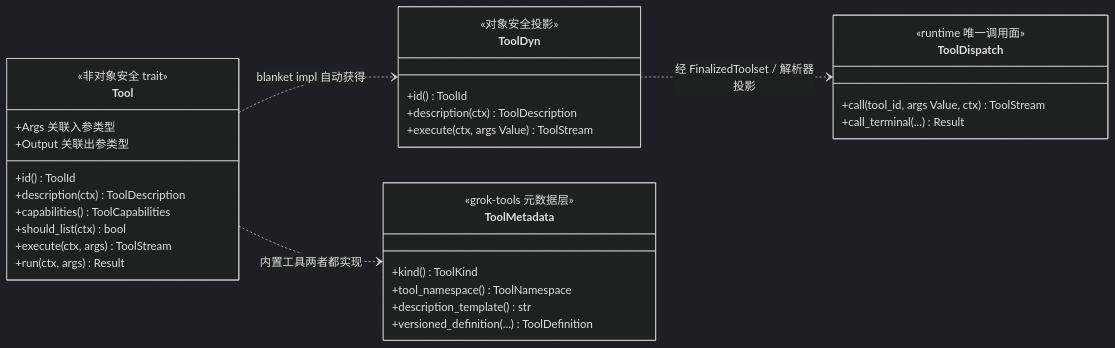
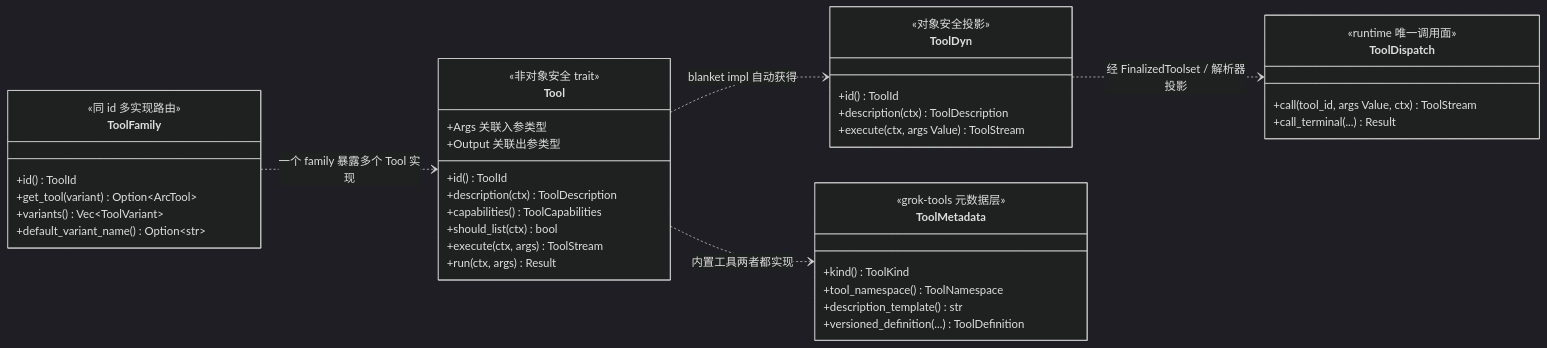
One commit to adrian9778/grok-build changed the diagram in docs/adrian/sourceReader/10-工具协议与扩展体系.md. Above: the diagram before and after it, drawn with Mermaid (dark theme). The commit also changed other lines of this file and 18 other files, not shown here.

````diff
--- a/docs/adrian/sourceReader/10-工具协议与扩展体系.md
+++ b/docs/adrian/sourceReader/10-工具协议与扩展体系.md
@@ -261,36 +274,44 @@
 ```mermaid
 classDiagram
     direction LR
     class Tool {
         <<非对象安全 trait>>
         +Args 关联入参类型
         +Output 关联出参类型
         +id() ToolId
         +description(ctx) ToolDescription
         +capabilities() ToolCapabilities
         +should_list(ctx) bool
         +execute(ctx, args) ToolStream
         +run(ctx, args) Result
     }
     class ToolDyn {
         <<对象安全投影>>
         +id() ToolId
         +description(ctx) ToolDescription
         +execute(ctx, args Value) ToolStream
     }
     class ToolDispatch {
         <<runtime 唯一调用面>>
         +call(tool_id, args Value, ctx) ToolStream
         +call_terminal(...) Result
     }
+    class ToolFamily {
+        <<同 id 多实现路由>>
+        +id() ToolId
+        +get_tool(variant) Option~ArcTool~
+        +variants() Vec~ToolVariant~
+        +default_variant_name() Option~str~
+    }
     class ToolMetadata {
         <<grok-tools 元数据层>>
         +kind() ToolKind
         +tool_namespace() ToolNamespace
         +description_template() str
         +versioned_definition(...) ToolDefinition
     }
     Tool ..> ToolDyn : blanket impl 自动获得
     ToolDyn ..> ToolDispatch : 经 FinalizedToolset / 解析器投影
     Tool ..> ToolMetadata : 内置工具两者都实现
+    ToolFamily ..> Tool : 一个 family 暴露多个 Tool 实现
 ```
````
